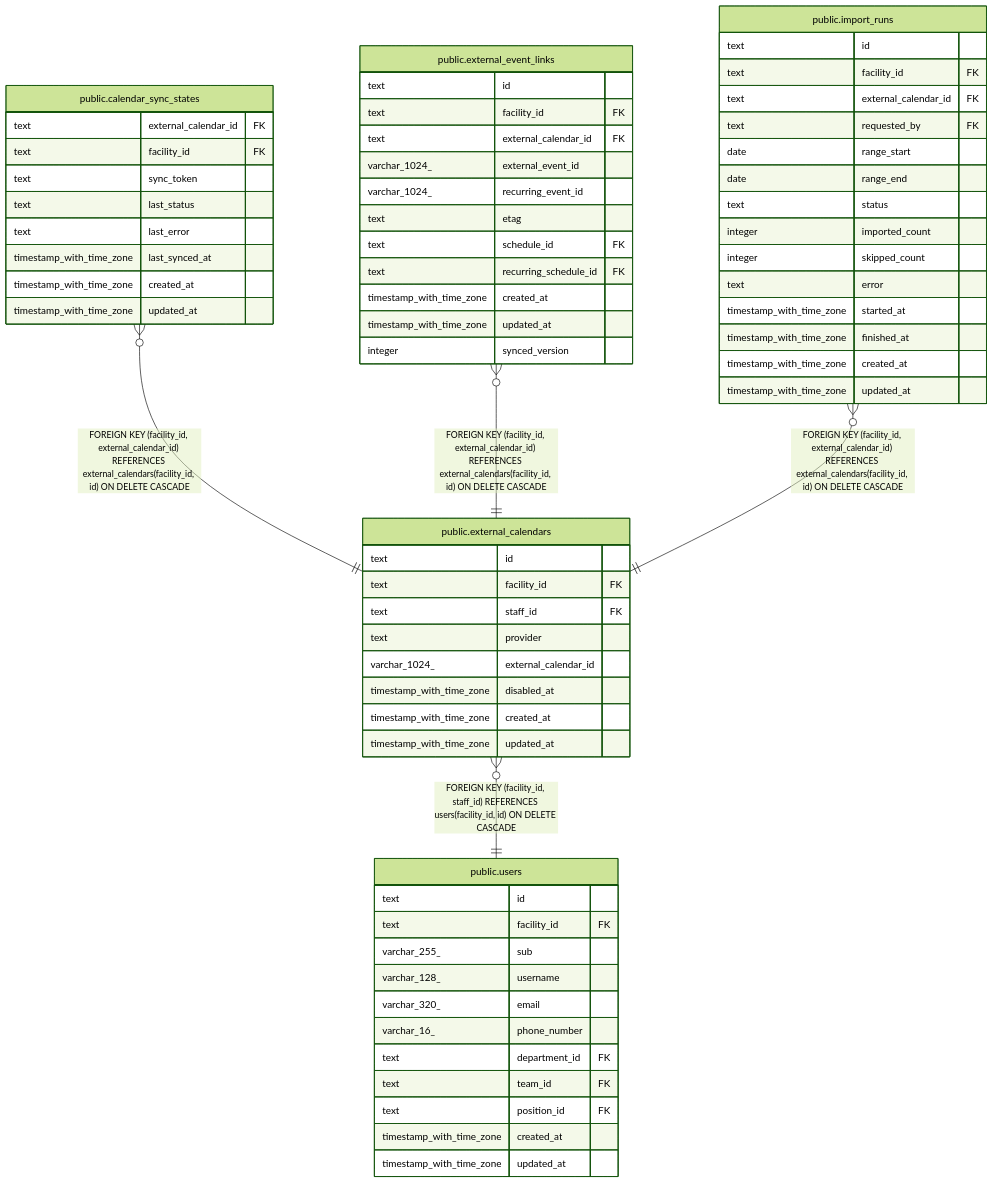
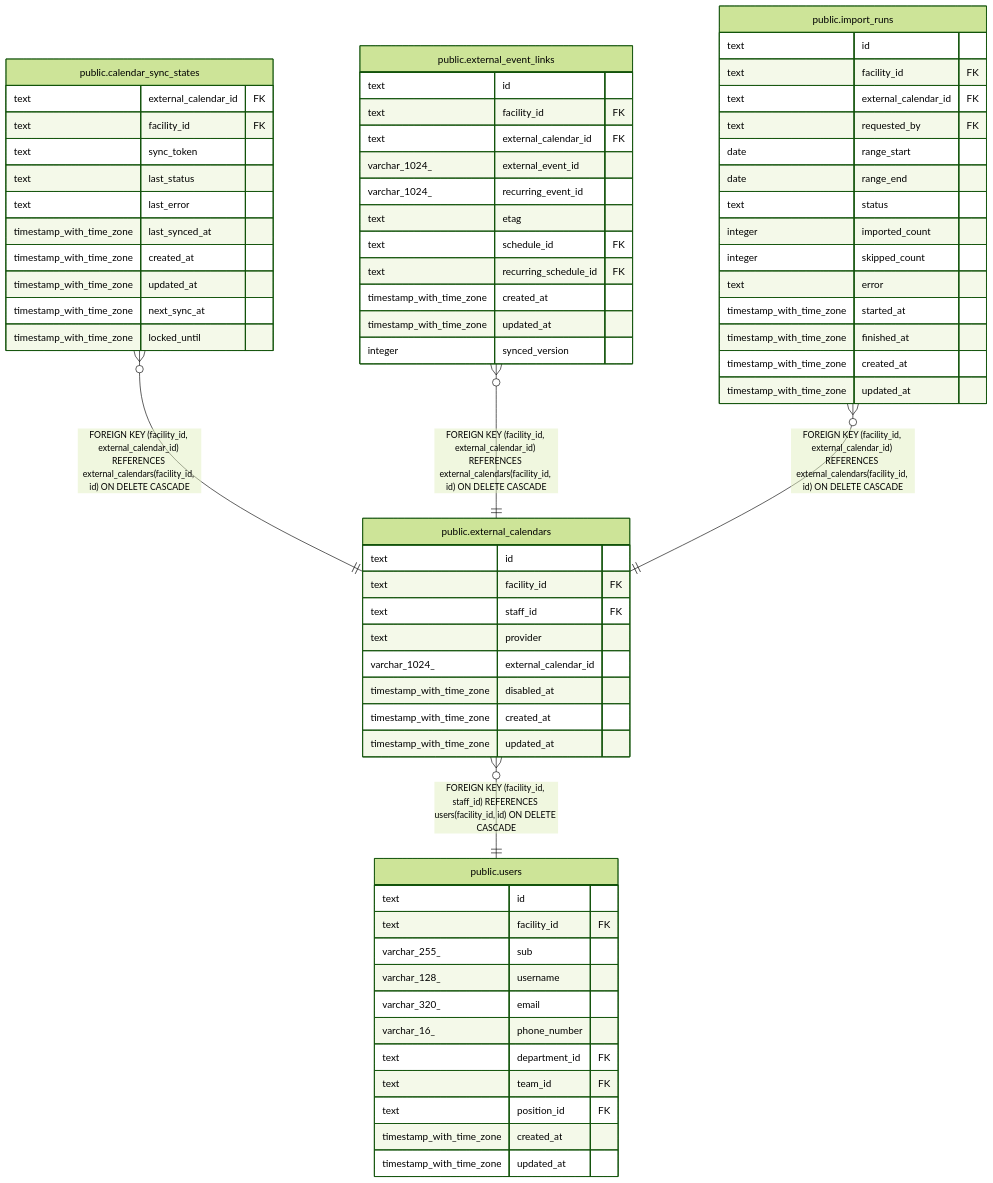
One commit to Fukuemon/buddy changed the diagram in docs/db/schedule-api/public.external_calendars.md. Above: the diagram before and after it, drawn with Mermaid (forest theme). The commit also changed 10 other files, not shown here.

````diff
--- a/docs/db/schedule-api/public.external_calendars.md
+++ b/docs/db/schedule-api/public.external_calendars.md
@@ -62,71 +62,73 @@
 ```mermaid
 erDiagram
 
 "public.calendar_sync_states" }o--|| "public.external_calendars" : "FOREIGN KEY (facility_id, external_calendar_id) REFERENCES external_calendars(facility_id, id) ON DELETE CASCADE"
 "public.external_event_links" }o--|| "public.external_calendars" : "FOREIGN KEY (facility_id, external_calendar_id) REFERENCES external_calendars(facility_id, id) ON DELETE CASCADE"
 "public.import_runs" }o--|| "public.external_calendars" : "FOREIGN KEY (facility_id, external_calendar_id) REFERENCES external_calendars(facility_id, id) ON DELETE CASCADE"
 "public.external_calendars" }o--|| "public.users" : "FOREIGN KEY (facility_id, staff_id) REFERENCES users(facility_id, id) ON DELETE CASCADE"
 
 "public.external_calendars" {
   text id
   text facility_id FK
   text staff_id FK
   text provider
   varchar_1024_ external_calendar_id
   timestamp_with_time_zone disabled_at
   timestamp_with_time_zone created_at
   timestamp_with_time_zone updated_at
 }
 "public.calendar_sync_states" {
   text external_calendar_id FK
   text facility_id FK
   text sync_token
   text last_status
   text last_error
   timestamp_with_time_zone last_synced_at
   timestamp_with_time_zone created_at
   timestamp_with_time_zone updated_at
+  timestamp_with_time_zone next_sync_at
+  timestamp_with_time_zone locked_until
 }
 "public.external_event_links" {
   text id
   text facility_id FK
   text external_calendar_id FK
   varchar_1024_ external_event_id
   varchar_1024_ recurring_event_id
   text etag
   text schedule_id FK
   text recurring_schedule_id FK
   timestamp_with_time_zone created_at
   timestamp_with_time_zone updated_at
   integer synced_version
 }
 "public.import_runs" {
   text id
   text facility_id FK
   text external_calendar_id FK
   text requested_by FK
   date range_start
   date range_end
   text status
   integer imported_count
   integer skipped_count
   text error
   timestamp_with_time_zone started_at
   timestamp_with_time_zone finished_at
   timestamp_with_time_zone created_at
   timestamp_with_time_zone updated_at
 }
 "public.users" {
   text id
   text facility_id FK
   varchar_255_ sub
   varchar_128_ username
   varchar_320_ email
   varchar_16_ phone_number
   text department_id FK
   text team_id FK
   text position_id FK
   timestamp_with_time_zone created_at
   timestamp_with_time_zone updated_at
 }
 ```
````
